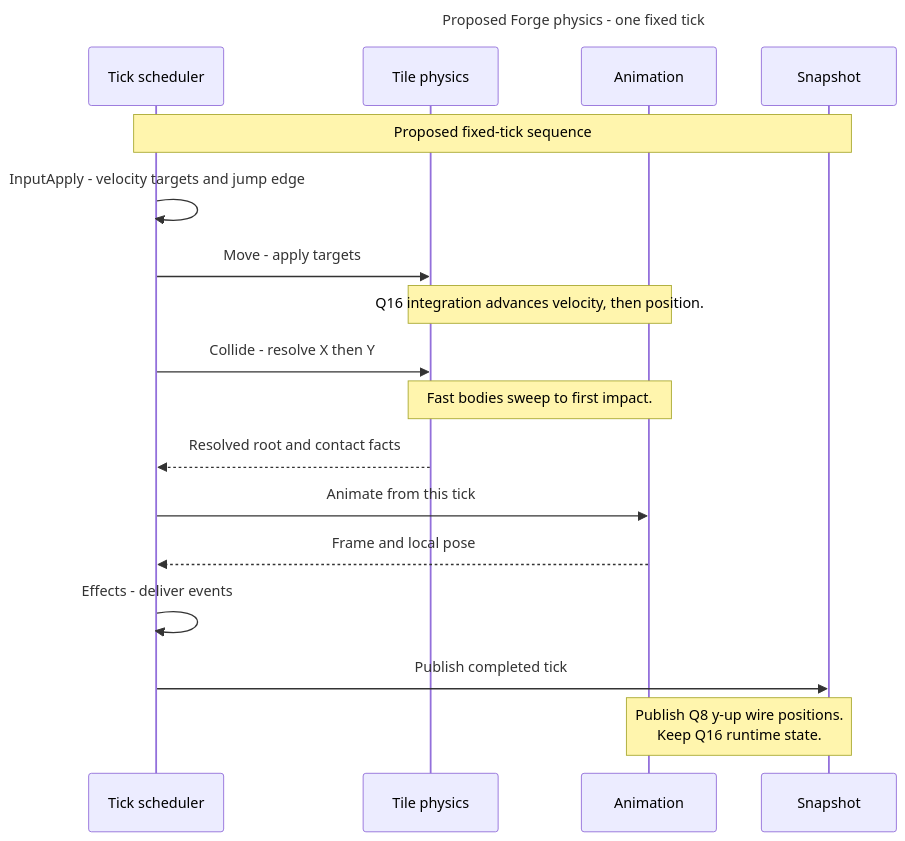
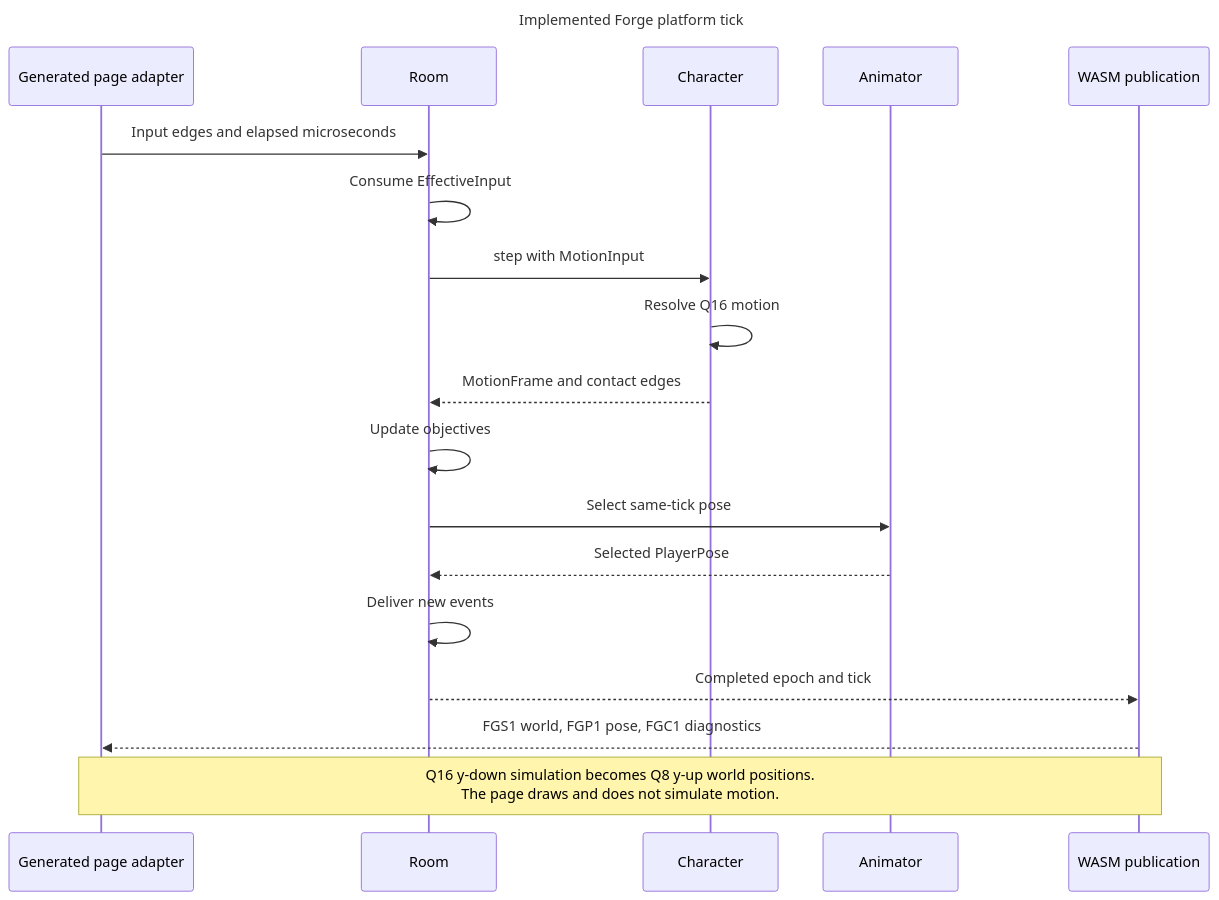
One commit to roachmaster/homelab changed the diagram in docs/architecture/diagrams/mermaid/game-physics-tick.mmd. Above: the diagram before and after it, drawn with Mermaid. The commit also changed 120 other files, not shown here.

Commit message:
docs: align Forge designs with implemented capabilities

```diff
--- a/docs/architecture/diagrams/mermaid/game-physics-tick.mmd
+++ b/docs/architecture/diagrams/mermaid/game-physics-tick.mmd
@@ -1,20 +1,21 @@
 ---
-title: Proposed Forge physics - one fixed tick
+title: Implemented Forge platform tick
 ---
 sequenceDiagram
-    participant T as Tick scheduler
-    participant P as Tile physics
-    participant A as Animation
-    participant S as Snapshot
-    Note over T,S: Proposed fixed-tick sequence
-    T->>T: InputApply - velocity targets and jump edge
-    T->>P: Move - apply targets
-    Note over P,A: Q16 integration advances velocity, then position.
-    T->>P: Collide - resolve X then Y
-    Note over P,A: Fast bodies sweep to first impact.
-    P-->>T: Resolved root and contact facts
-    T->>A: Animate from this tick
-    A-->>T: Frame and local pose
-    T->>T: Effects - deliver events
-    T->>S: Publish completed tick
-    Note over A,S: Publish Q8 y-up wire positions.<br/>Keep Q16 runtime state.
+    participant B as Generated page adapter
+    participant R as Room
+    participant C as Character
+    participant A as Animator
+    participant W as WASM publication
+    B->>R: Input edges and elapsed microseconds
+    R->>R: Consume EffectiveInput
+    R->>C: step with MotionInput
+    C->>C: Resolve Q16 motion
+    C-->>R: MotionFrame and contact edges
+    R->>R: Update objectives
+    R->>A: Select same-tick pose
+    A-->>R: Selected PlayerPose
+    R->>R: Deliver new events
+    R-->>W: Completed epoch and tick
+    W-->>B: FGS1 world, FGP1 pose, FGC1 diagnostics
+    Note over B,W: Q16 y-down simulation becomes Q8 y-up world positions.<br/>The page draws and does not simulate motion.
```
